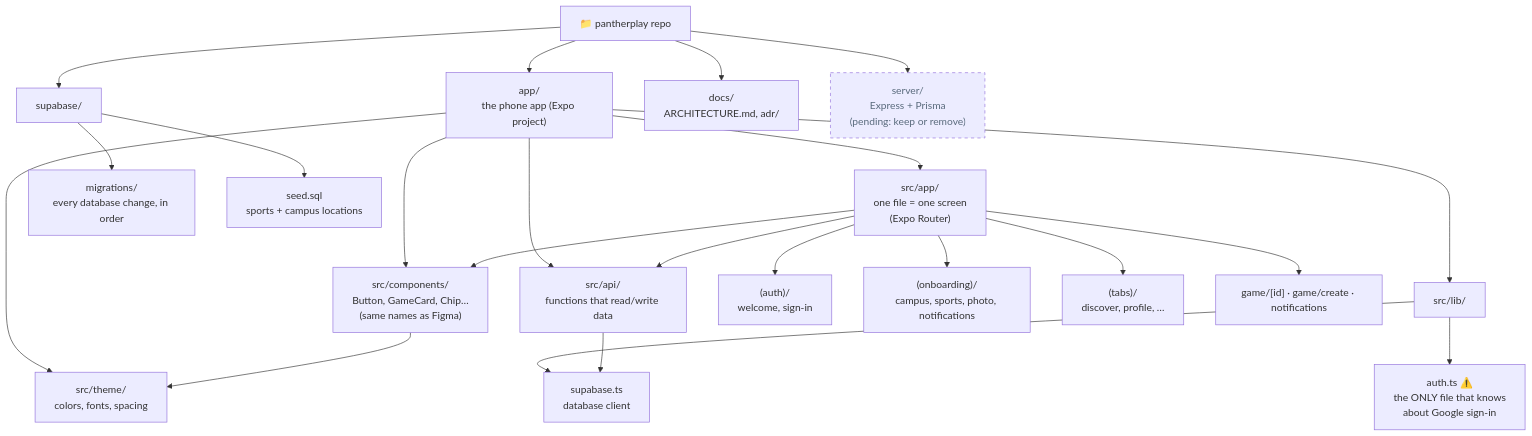
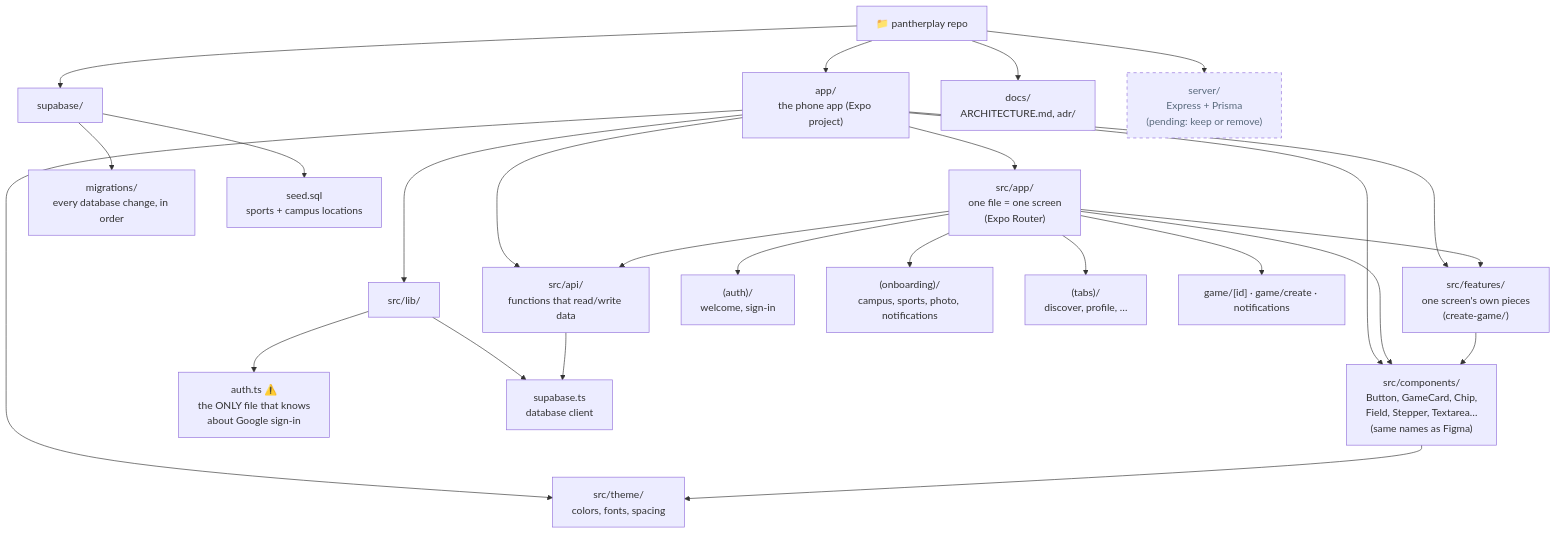
The second of 9 diagrams in docs/ARCHITECTURE.md (aymanlaassel/pantherplay), drawn with Mermaid before and after one commit. The commit also changed other lines of this file, not shown here.

Commit message:
Add features folder and form components to architecture doc

````diff
--- a/docs/ARCHITECTURE.md
+++ b/docs/ARCHITECTURE.md
@@ -84,34 +84,37 @@
 ```mermaid
 flowchart TB
   Repo["📁 pantherplay repo"]
 
   Repo --> AppProj["app/<br/>the phone app (Expo project)"]
   Repo --> Supa["supabase/"]
   Repo --> Docs["docs/<br/>ARCHITECTURE.md, adr/"]
   Repo --> Server["server/<br/>Express + Prisma<br/>(pending: keep or remove)"]
 
   AppProj --> Screens["src/app/<br/>one file = one screen<br/>(Expo Router)"]
-  AppProj --> Comp["src/components/<br/>Button, GameCard, Chip…<br/>(same names as Figma)"]
+  AppProj --> Comp["src/components/<br/>Button, GameCard, Chip,<br/>Field, Stepper, Textarea…<br/>(same names as Figma)"]
+  AppProj --> Feat["src/features/<br/>one screen's own pieces<br/>(create-game/)"]
   AppProj --> Theme["src/theme/<br/>colors, fonts, spacing"]
   AppProj --> Api["src/api/<br/>functions that read/write data"]
   AppProj --> Lib["src/lib/"]
 
   Screens --> AuthScreens["(auth)/<br/>welcome, sign-in"]
   Screens --> Onb["(onboarding)/<br/>campus, sports, photo, notifications"]
   Screens --> Tabs["(tabs)/<br/>discover, profile, …"]
   Screens --> Pushed["game/[id] · game/create · notifications"]
 
   Lib --> AuthTs["auth.ts ⚠️<br/>the ONLY file that knows<br/>about Google sign-in"]
   Lib --> Client["supabase.ts<br/>database client"]
 
   Supa --> Mig["migrations/<br/>every database change, in order"]
   Supa --> Seed["seed.sql<br/>sports + campus locations"]
 
   Comp --> Theme
   Screens --> Comp
+  Screens --> Feat
+  Feat --> Comp
   Screens --> Api
   Api --> Client
 
   classDef pending stroke-dasharray: 5 5,color:#5A6B7D
   class Server pending
 ```
````
